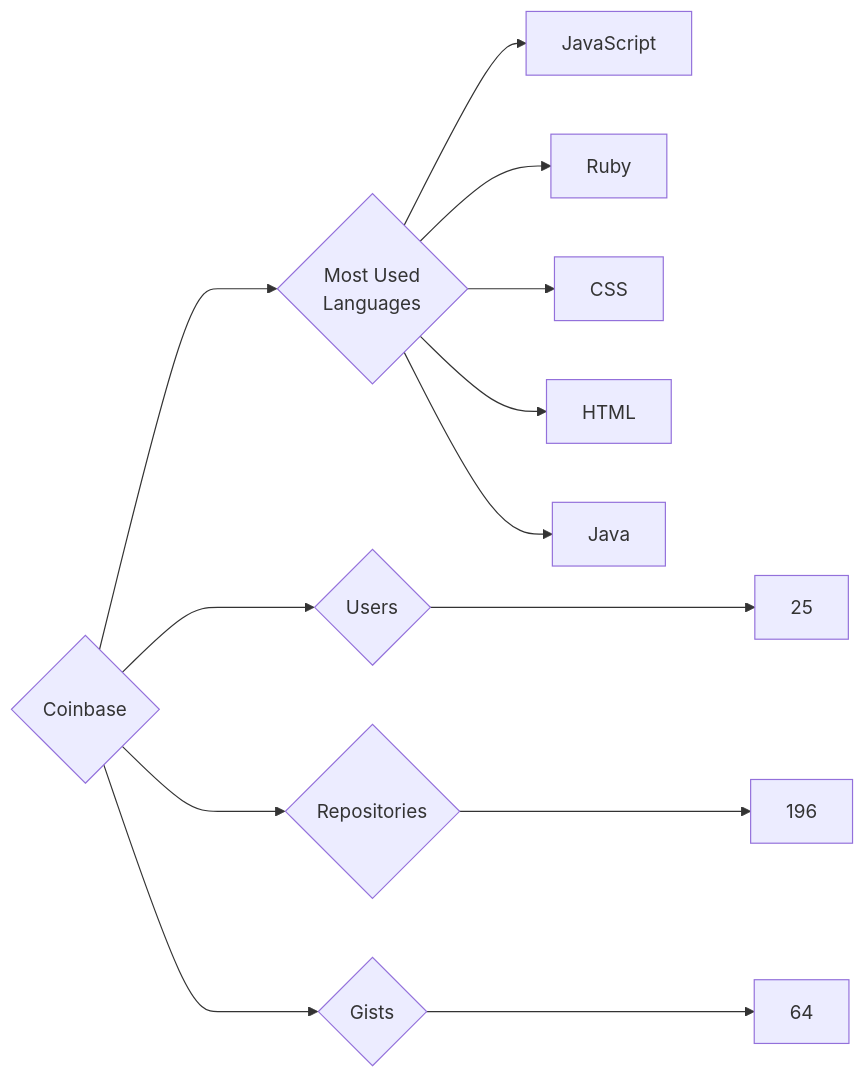
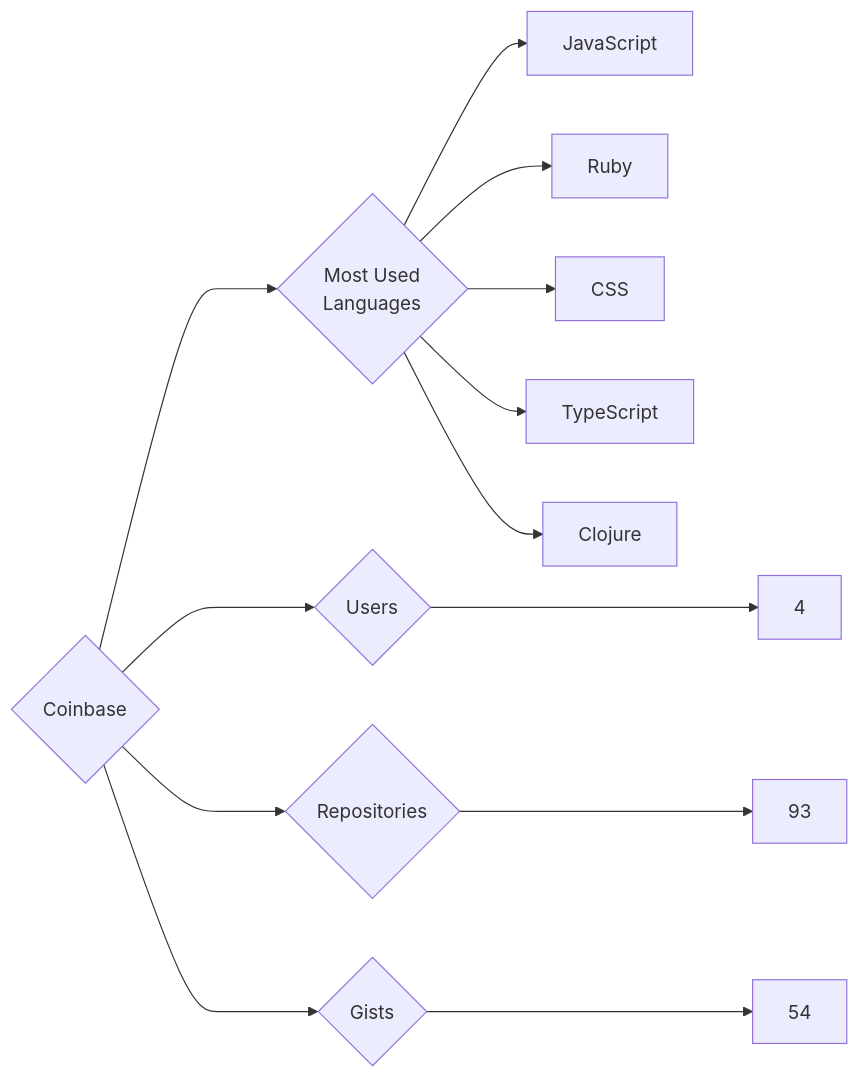
One commit to trickest/insiders changed the diagram in targets/Coinbase/README.md. Above: the diagram before and after it, drawn with Mermaid. The commit also changed 772 other files, not shown here.

````diff
--- a/targets/Coinbase/README.md
+++ b/targets/Coinbase/README.md
@@ -3,13 +3,13 @@
 ```mermaid
 graph LR
 COMPANY_NAME{Coinbase}
-COMPANY_NAME ---> U{Users} ---> UN[25]
-COMPANY_NAME ---> R{Repositories} ---> RN[196]
-COMPANY_NAME ---> G{Gists} ---> GN[64]
+COMPANY_NAME ---> U{Users} ---> UN[4]
+COMPANY_NAME ---> R{Repositories} ---> RN[93]
+COMPANY_NAME ---> G{Gists} ---> GN[54]
 COMPANY_NAME ---> ML{Most Used<br>Languages}
 ML --> JavaScript[JavaScript]
 ML --> Ruby[Ruby]
 ML --> CSS[CSS]
-ML --> HTML[HTML]
-ML --> Java[Java]
+ML --> TypeScript[TypeScript]
+ML --> Clojure[Clojure]
 ```
````
